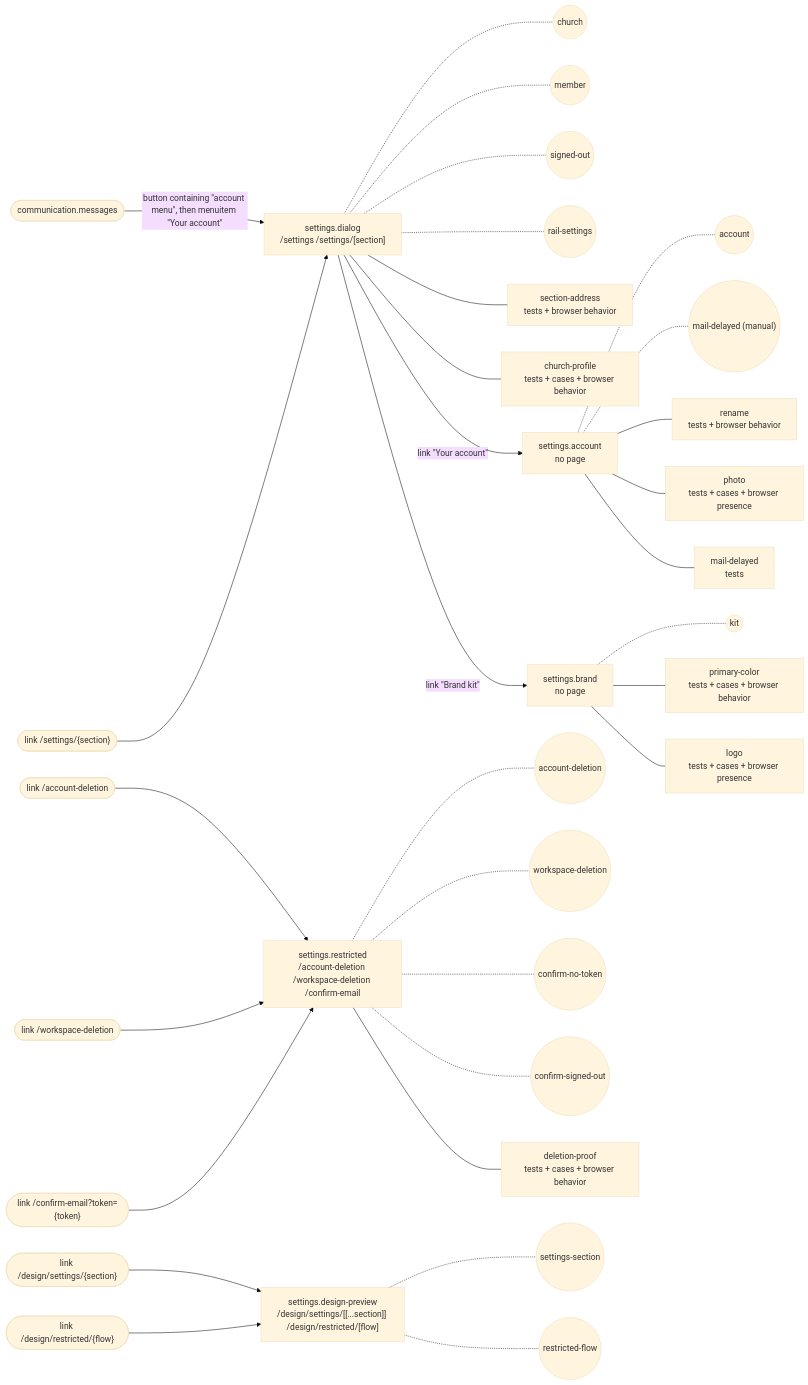
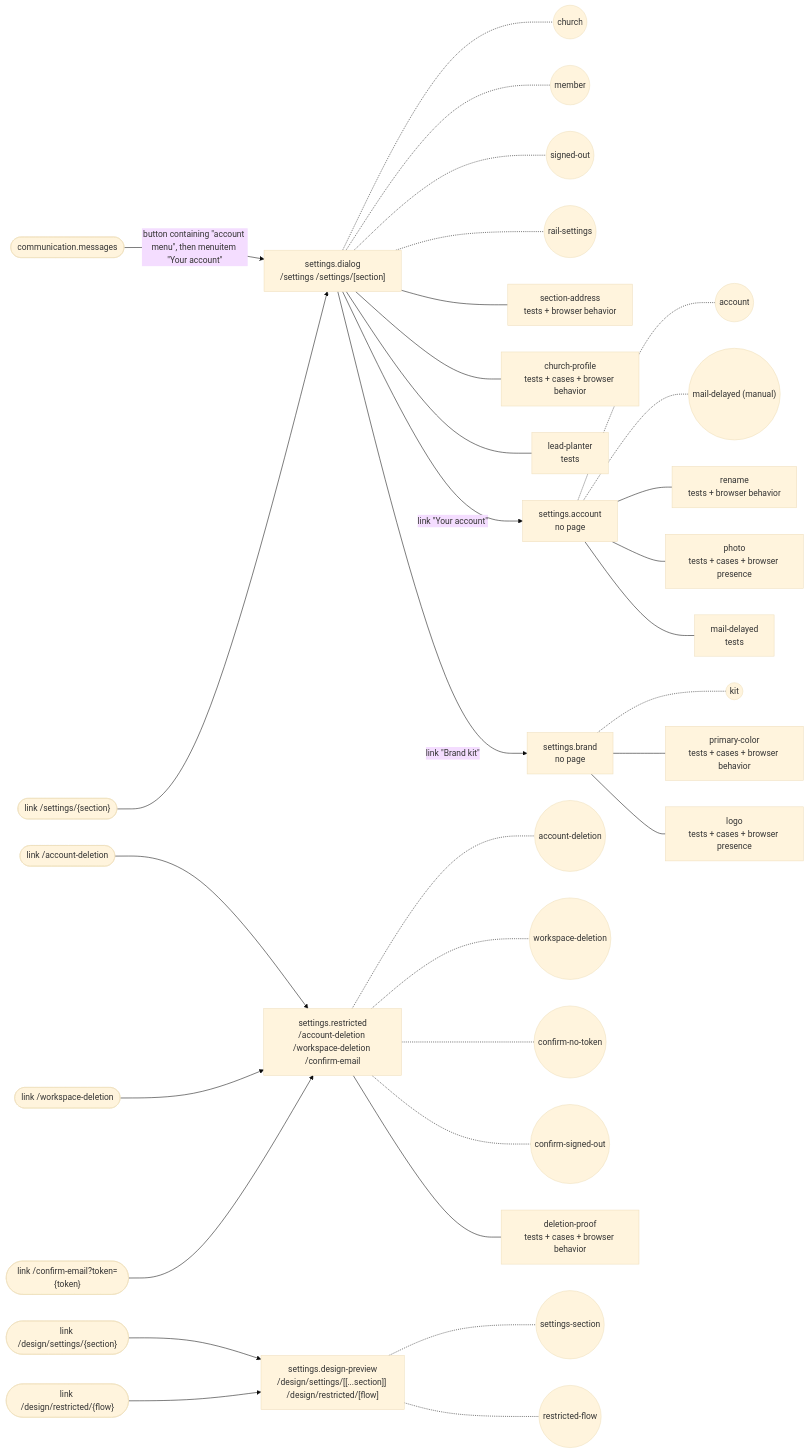
One commit to SebastianGarces/everyfield changed the diagram in docs/feature-maps/settings.md. Above: the diagram before and after it, drawn with Mermaid (base theme). The commit also changed other lines of this file and 29 other files, not shown here.

First line of the commit message:
Starting a church from Discovery names the planter lead planter

````diff
--- a/docs/feature-maps/settings.md
+++ b/docs/feature-maps/settings.md
@@ -6,45 +6,46 @@
 ```mermaid
 flowchart LR
   s0_link1(["link /settings/{section}"])
   s3_link0(["link /account-deletion"])
   s3_link1(["link /workspace-deletion"])
   s3_link2(["link /confirm-email?token={token}"])
   s4_link0(["link /design/settings/{section}"])
   s4_link1(["link /design/restricted/{flow}"])
   x_communication_messages(["communication.messages"])
   s0["settings.dialog<br/>/settings /settings/[section]"]
   x_communication_messages -- "button containing #quot;account menu#quot;, then menuitem #quot;Your account#quot;" --> s0
   s0_link1 --> s0
   s0 -.- s0_st0(("church"))
   s0 -.- s0_st1(("member"))
   s0 -.- s0_st2(("signed-out"))
   s0 -.- s0_st3(("rail-settings"))
   s0 --- s0_b0["section-address<br/>tests + browser behavior"]
   s0 --- s0_b1["church-profile<br/>tests + cases + browser behavior"]
+  s0 --- s0_b2["lead-planter<br/>tests"]
   s1["settings.account<br/>no page"]
   s0 -- "link #quot;Your account#quot;" --> s1
   s1 -.- s1_st0(("account"))
   s1 -.- s1_st1(("mail-delayed (manual)"))
   s1 --- s1_b0["rename<br/>tests + browser behavior"]
   s1 --- s1_b1["photo<br/>tests + cases + browser presence"]
   s1 --- s1_b2["mail-delayed<br/>tests"]
   s2["settings.brand<br/>no page"]
   s0 -- "link #quot;Brand kit#quot;" --> s2
   s2 -.- s2_st0(("kit"))
   s2 --- s2_b0["primary-color<br/>tests + cases + browser behavior"]
   s2 --- s2_b1["logo<br/>tests + cases + browser presence"]
   s3["settings.restricted<br/>/account-deletion /workspace-deletion /confirm-email"]
   s3_link0 --> s3
   s3_link1 --> s3
   s3_link2 --> s3
   s3 -.- s3_st0(("account-deletion"))
   s3 -.- s3_st1(("workspace-deletion"))
   s3 -.- s3_st2(("confirm-no-token"))
   s3 -.- s3_st3(("confirm-signed-out"))
   s3 --- s3_b0["deletion-proof<br/>tests + cases + browser behavior"]
   s4["settings.design-preview<br/>/design/settings/[[...section]] /design/restricted/[flow]"]
   s4_link0 --> s4
   s4_link1 --> s4
   s4 -.- s4_st0(("settings-section"))
   s4 -.- s4_st1(("restricted-flow"))
 ```
````
